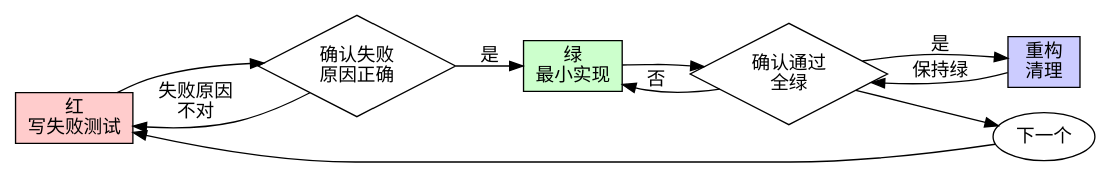
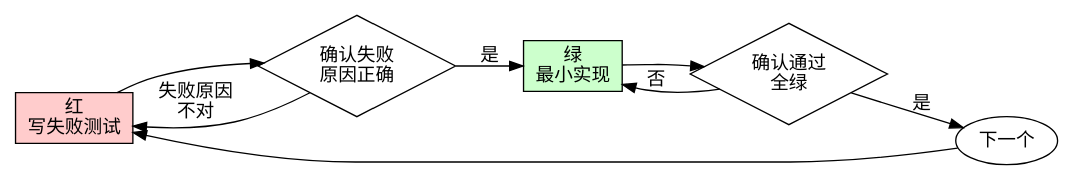
Before and after one commit to FlameMida/spec-dev: the diagram in skills/test-driven-development/SKILL.md, drawn with Graphviz. The commit also changed other lines of this file and 10 other files, not shown here.

````diff
--- a/skills/test-driven-development/SKILL.md
+++ b/skills/test-driven-development/SKILL.md
@@ -41,21 +49,18 @@
 ```dot
 digraph tdd_cycle {
     rankdir=LR;
     red [label="红\n写失败测试", shape=box, style=filled, fillcolor="#ffcccc"];
     verify_red [label="确认失败\n原因正确", shape=diamond];
     green [label="绿\n最小实现", shape=box, style=filled, fillcolor="#ccffcc"];
     verify_green [label="确认通过\n全绿", shape=diamond];
-    refactor [label="重构\n清理", shape=box, style=filled, fillcolor="#ccccff"];
     next [label="下一个", shape=ellipse];
 
     red -> verify_red;
     verify_red -> green [label="是"];
     verify_red -> red [label="失败原因\n不对"];
     green -> verify_green;
-    verify_green -> refactor [label="是"];
     verify_green -> green [label="否"];
-    refactor -> verify_green [label="保持绿"];
-    verify_green -> next;
+    verify_green -> next [label="是"];
     next -> red;
 }
 ```
````
